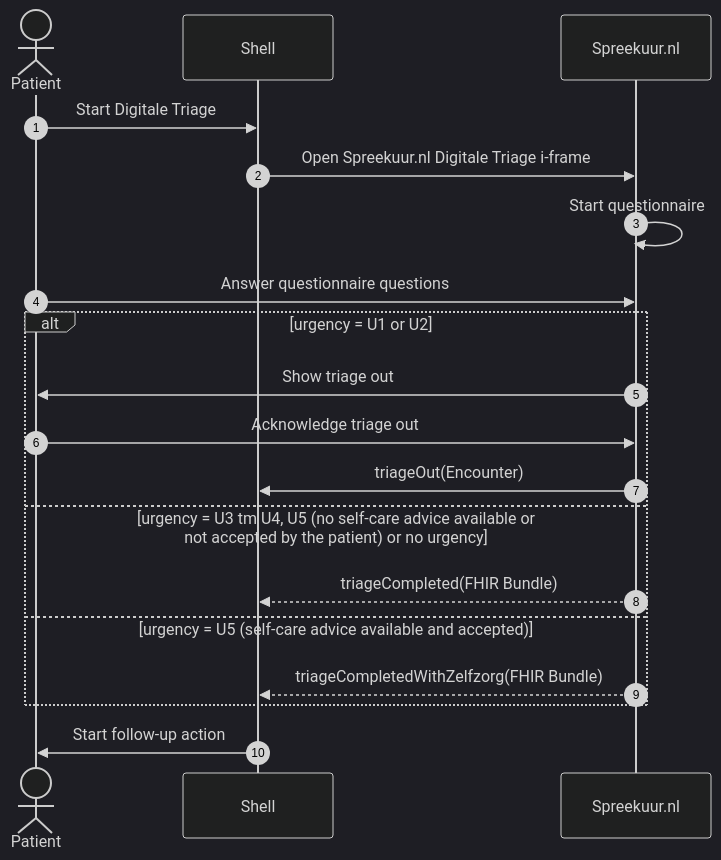
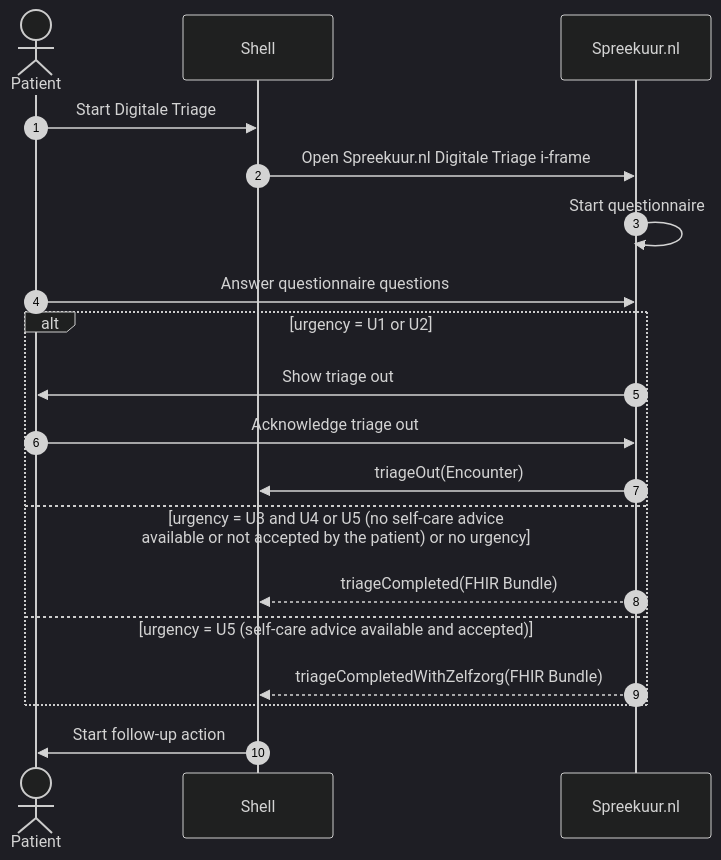
The diagram in docs/features/digitale-triage/digitale-triage.md (topicushealthcare/spreekuur-docs), drawn with Mermaid (dark theme) before and after one commit.

Commit message:
SCON-9587 Review

````diff
--- a/docs/features/digitale-triage/digitale-triage.md
+++ b/docs/features/digitale-triage/digitale-triage.md
@@ -16,22 +16,22 @@
 ```mermaid
 sequenceDiagram
     autonumber
     actor P as Patient
     participant shell as Shell
     participant SU as Spreekuur.nl
 
     P->>shell: Start Digitale Triage
     shell->>SU: Open Spreekuur.nl Digitale Triage i-frame
     SU->>SU: Start questionnaire
     P->>SU: Answer questionnaire questions
     alt urgency = U1 or U2
         SU->>P: Show triage out
         P->>SU: Acknowledge triage out
         SU->>shell: triageOut(Encounter)
-    else urgency = U3 tm U4, U5 (no self-care advice available or not accepted by the patient) or no urgency
+    else urgency = U3 and U4 or U5 (no self-care advice available or not accepted by the patient) or no urgency
         SU-->>shell: triageCompleted(FHIR Bundle)
     else urgency = U5 (self-care advice available and accepted)
         SU-->>shell: triageCompletedWithZelfzorg(FHIR Bundle)    
     end
     shell->>P: Start follow-up action
 ```
````
